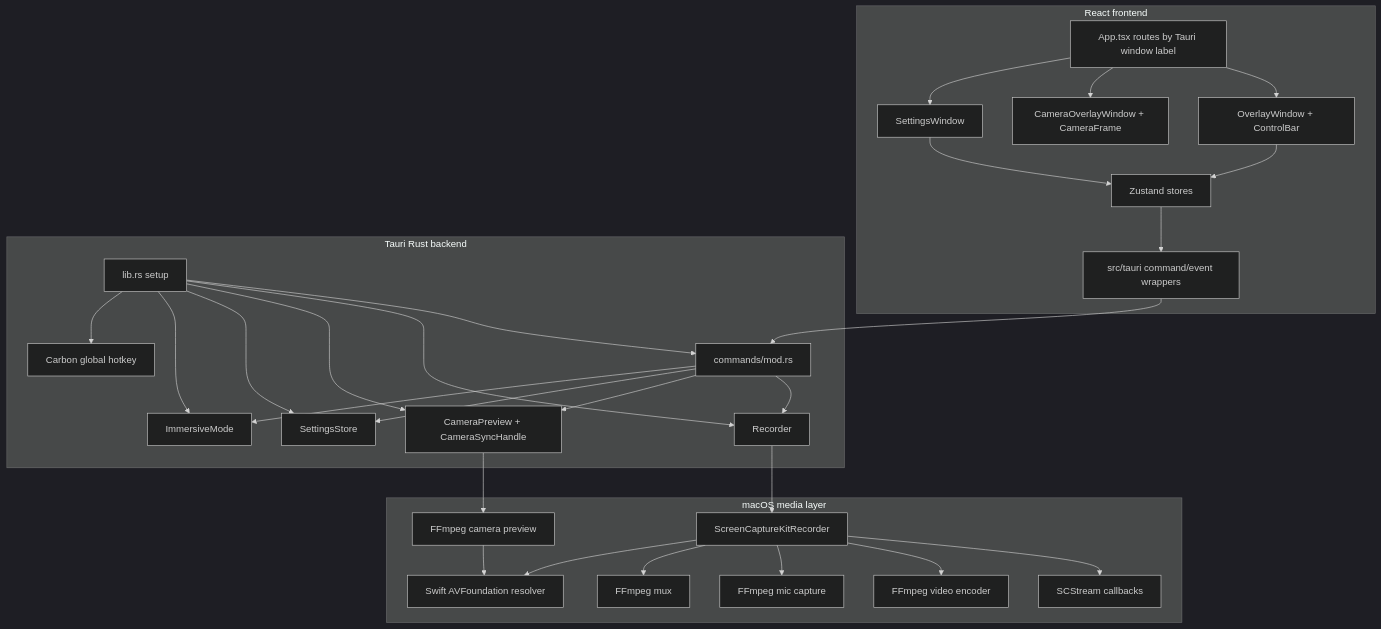
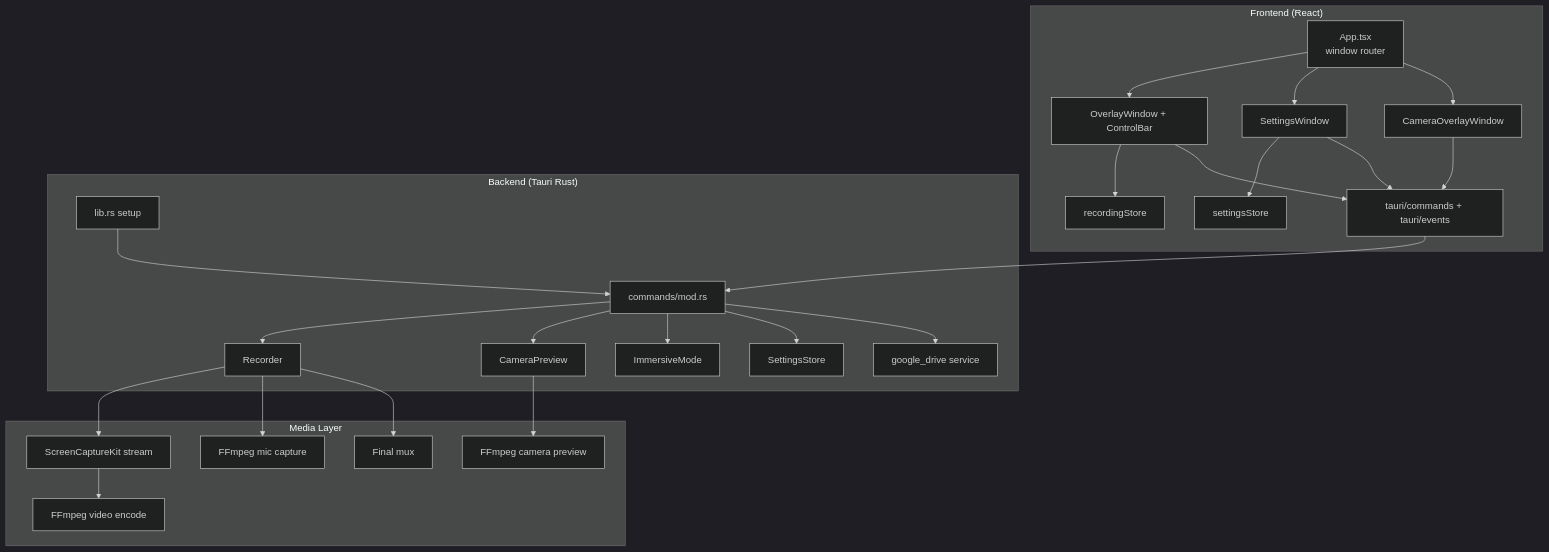
The first of 4 diagrams in docs/architecture.md (MaximeBF2000/momentum-capture), drawn with Mermaid (dark theme) before and after one commit. The commit also changed other lines of this file and 5 other files, not shown here.

````diff
--- a/docs/architecture.md
+++ b/docs/architecture.md
@@ -7,57 +7,54 @@
 ```mermaid
 flowchart TB
-  subgraph frontend["React frontend"]
-    app["App.tsx routes by Tauri window label"]
+  subgraph FE["Frontend (React)"]
+    app["App.tsx\nwindow router"]
     overlay["OverlayWindow + ControlBar"]
-    cameraOverlay["CameraOverlayWindow + CameraFrame"]
     settings["SettingsWindow"]
-    stores["Zustand stores"]
-    tauriApi["src/tauri command/event wrappers"]
+    camWin["CameraOverlayWindow"]
+    recStore["recordingStore"]
+    setStore["settingsStore"]
+    tsApi["tauri/commands + tauri/events"]
   end
 
-  subgraph tauri["Tauri Rust backend"]
-    bootstrap["lib.rs setup"]
-    commands["commands/mod.rs"]
-    recorder["Recorder"]
-    camera["CameraPreview + CameraSyncHandle"]
-    settingsStore["SettingsStore"]
-    immersive["ImmersiveMode"]
-    hotkey["Carbon global hotkey"]
+  subgraph BE["Backend (Tauri Rust)"]
+    setup["lib.rs setup"]
+    cmd["commands/mod.rs"]
+    rec["Recorder"]
+    cam["CameraPreview"]
+    imm["ImmersiveMode"]
+    cfg["SettingsStore"]
+    drive["google_drive service"]
   end
 
-  subgraph platform["macOS media layer"]
-    sck["ScreenCaptureKitRecorder"]
-    sckStream["SCStream callbacks"]
-    ffmpegVideo["FFmpeg video encoder"]
-    ffmpegMic["FFmpeg mic capture"]
-    ffmpegCam["FFmpeg camera preview"]
-    mux["FFmpeg mux"]
-    swift["Swift AVFoundation resolver"]
+  subgraph Media["Media Layer"]
+    sck["ScreenCaptureKit stream"]
+    ffv["FFmpeg video encode"]
+    ffm["FFmpeg mic capture"]
+    ffc["FFmpeg camera preview"]
+    mux["Final mux"]
   end
 
   app --> overlay
-  app --> cameraOverlay
   app --> settings
-  overlay --> stores
-  settings --> stores
-  stores --> tauriApi
-  tauriApi --> commands
-  bootstrap --> commands
-  bootstrap --> recorder
-  bootstrap --> camera
-  bootstrap --> settingsStore
-  bootstrap --> immersive
-  bootstrap --> hotkey
-  commands --> recorder
-  commands --> camera
-  commands --> settingsStore
-  commands --> immersive
-  recorder --> sck
-  camera --> ffmpegCam
-  sck --> sckStream
-  sck --> ffmpegVideo
-  sck --> ffmpegMic
-  sck --> mux
-  sck --> swift
-  ffmpegCam --> swift
+  app --> camWin
+
+  overlay --> recStore
+  settings --> setStore
+  overlay --> tsApi
+  settings --> tsApi
+  camWin --> tsApi
+
+  tsApi --> cmd
+  setup --> cmd
+  cmd --> rec
+  cmd --> cam
+  cmd --> imm
+  cmd --> cfg
+  cmd --> drive
+
+  rec --> sck
+  sck --> ffv
+  rec --> ffm
+  cam --> ffc
+  rec --> mux
 ```
````
